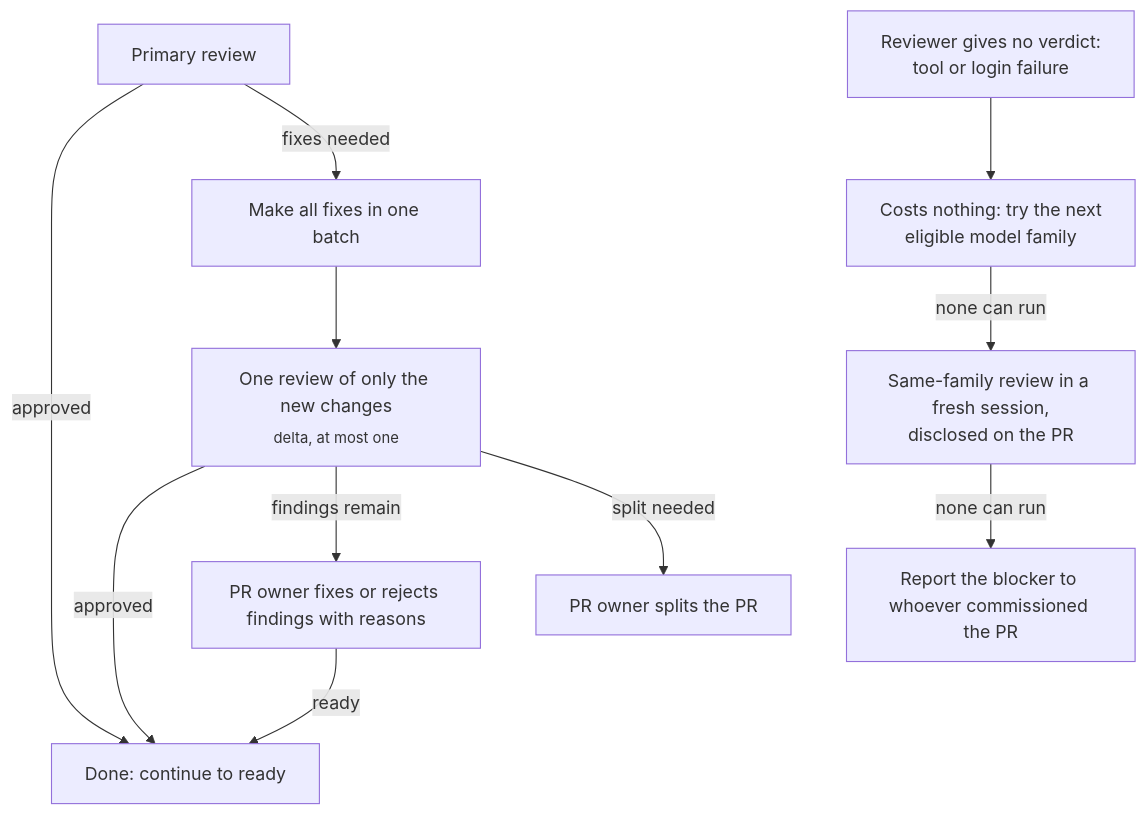
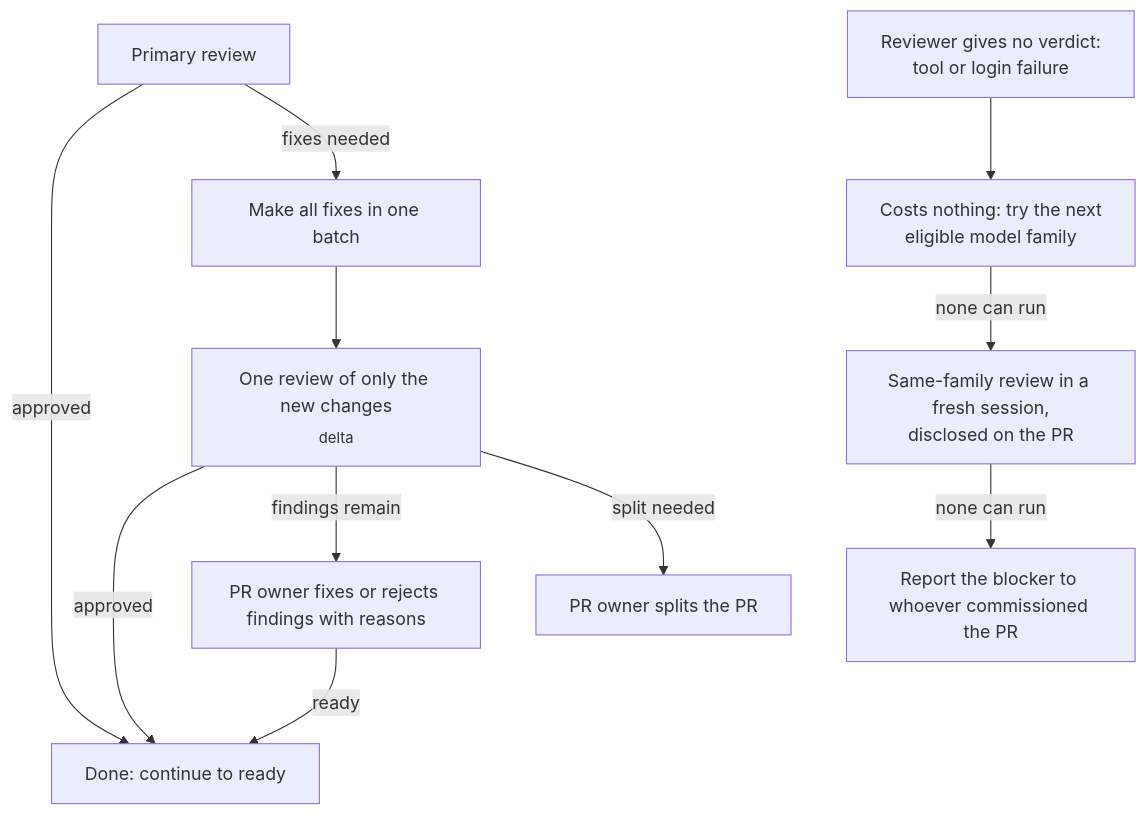
One commit to feder-positronics/loop-zero changed the second of 3 diagrams in docs/WORKFLOW.md. Above: the diagram before and after it, drawn with Mermaid. The commit also changed 5 other files, not shown here.

````diff
--- a/docs/WORKFLOW.md
+++ b/docs/WORKFLOW.md
@@ -36,13 +36,13 @@
 ```mermaid
 flowchart TD
     A["Primary review"] -->|approved| Z["Done: continue to ready"]
     A -->|fixes needed| B["Make all fixes in one batch"]
-    B --> C["One review of only the new changes<br/><sub>delta, at most one</sub>"]
+    B --> C["One review of only the new changes<br/><sub>delta</sub>"]
     C -->|approved| Z
     C -->|findings remain| D["PR owner fixes or rejects findings with reasons"]
     D -->|ready| Z
     C -->|split needed| E["PR owner splits the PR"]
     G["Reviewer gives no verdict:<br/>tool or login failure"] --> H["Costs nothing: try the next<br/>eligible model family"]
     H -->|none can run| J["Same-family review in a fresh session,<br/>disclosed on the PR"]
     J -->|none can run| I["Report the blocker to whoever commissioned the PR"]
 ```
````
